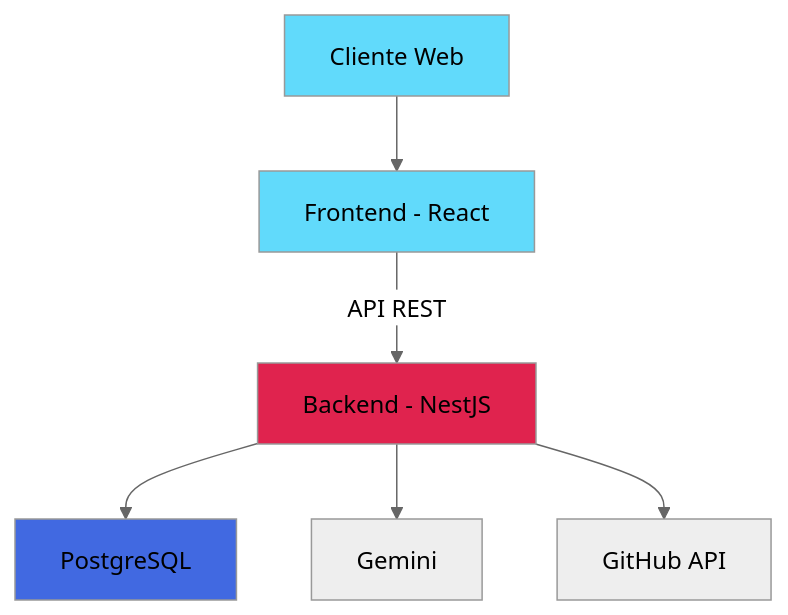
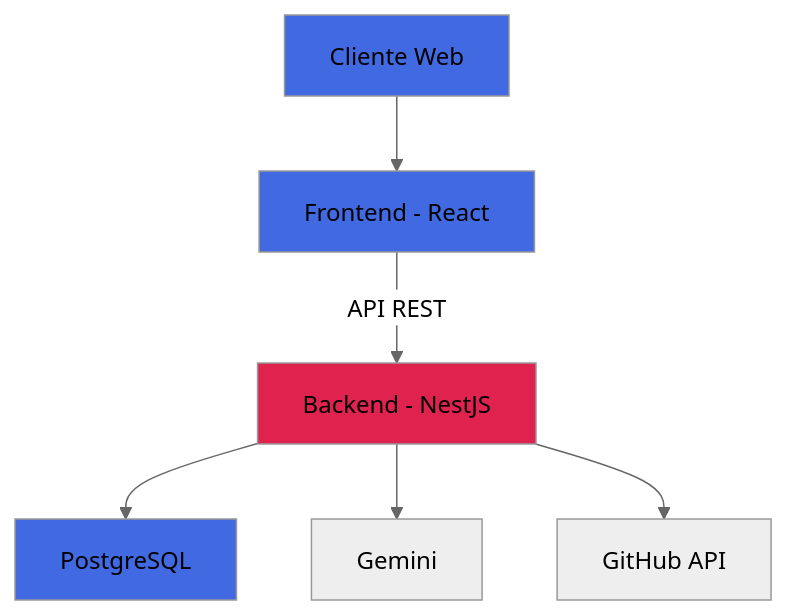
The diagram in README.md (unb-mds/2025-2-GuiaDev), drawn with Mermaid (neutral theme) before and after one commit. The commit also changed other lines of this file, not shown here.

````diff
--- a/README.md
+++ b/README.md
@@ -139,13 +139,13 @@
 ```mermaid
 graph TB
     A[Cliente Web] --> C[Frontend - React]
     C -->|API REST| D[Backend - NestJS]
     D --> E[PostgreSQL]
     D --> F[Gemini]
     D --> G[GitHub API]
     
-    style A fill:#61DAFB
-    style C fill:#61DAFB
+    style A fill:#4169E1
+    style C fill:#4169E1
     style D fill:#E0234E
     style E fill:#4169E1
 ```
````
